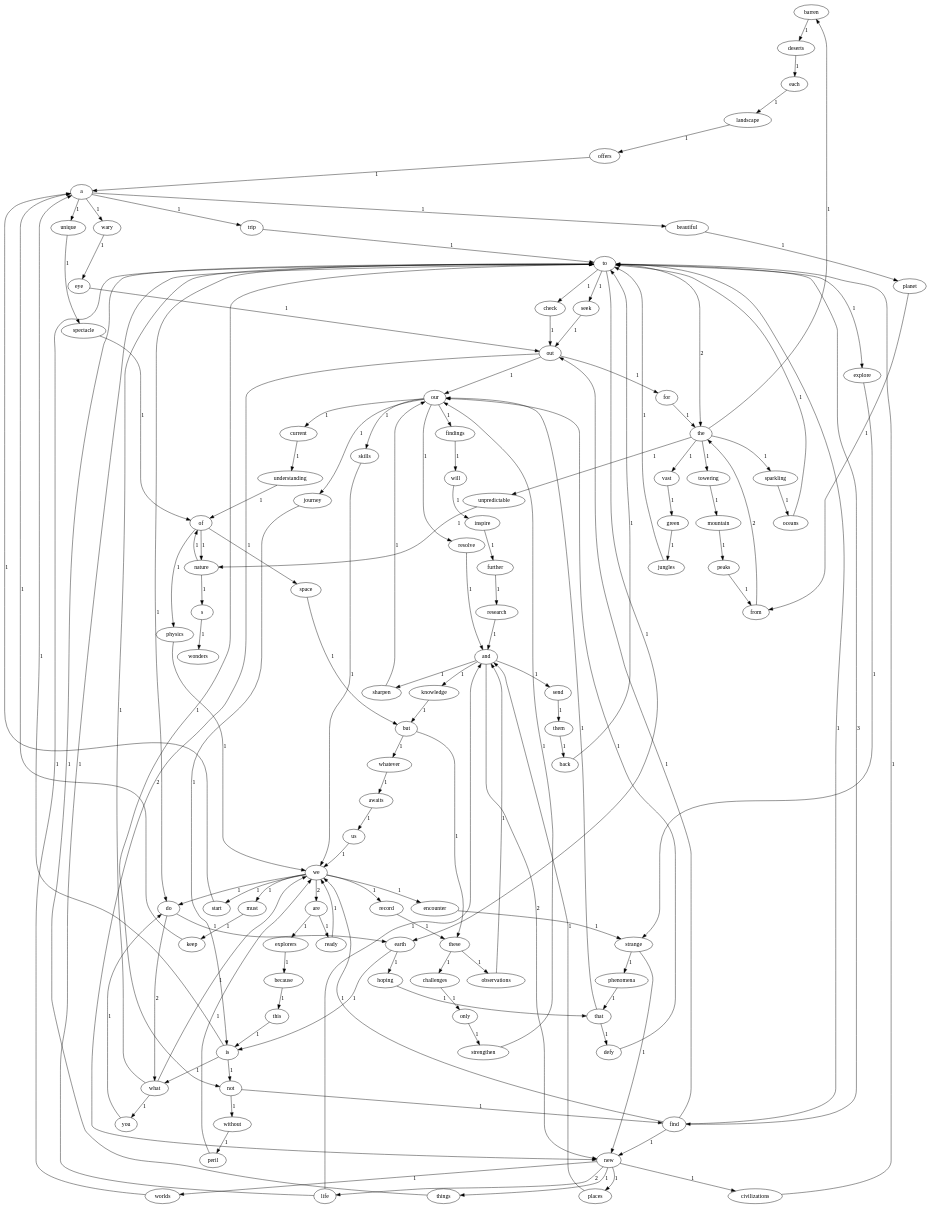
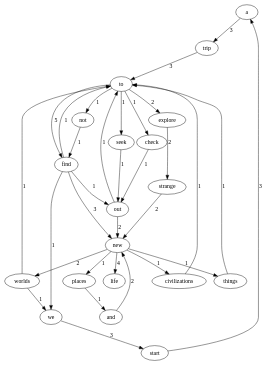
The diagram in graph.dot (Frihetyz/Lab1-2021110497), drawn with Graphviz before and after one commit. The commit also changed 8 other files, not shown here.

```diff
--- a/graph.dot
+++ b/graph.dot
@@ -1,145 +1,33 @@
 digraph G {
-	"barren" -> "deserts" [label="1"];
-	"a" -> "trip" [label="1"];
-	"a" -> "wary" [label="1"];
-	"a" -> "beautiful" [label="1"];
-	"a" -> "unique" [label="1"];
-	"offers" -> "a" [label="1"];
-	"nature" -> "of" [label="1"];
-	"nature" -> "s" [label="1"];
+	"a" -> "trip" [label="3"];
+	"seek" -> "out" [label="1"];
+	"worlds" -> "to" [label="1"];
+	"worlds" -> "we" [label="1"];
 	"check" -> "out" [label="1"];
-	"wary" -> "eye" [label="1"];
-	"planet" -> "from" [label="1"];
-	"encounter" -> "strange" [label="1"];
-	"this" -> "is" [label="1"];
-	"start" -> "a" [label="1"];
-	"them" -> "back" [label="1"];
-	"each" -> "landscape" [label="1"];
-	"the" -> "unpredictable" [label="1"];
-	"the" -> "vast" [label="1"];
-	"the" -> "towering" [label="1"];
-	"the" -> "sparkling" [label="1"];
-	"the" -> "barren" [label="1"];
-	"s" -> "wonders" [label="1"];
-	"send" -> "them" [label="1"];
-	"unique" -> "spectacle" [label="1"];
-	"keep" -> "a" [label="1"];
-	"to" -> "explore" [label="1"];
+	"explore" -> "strange" [label="2"];
+	"strange" -> "new" [label="2"];
+	"start" -> "a" [label="3"];
+	"out" -> "new" [label="2"];
+	"out" -> "to" [label="1"];
+	"we" -> "start" [label="3"];
+	"trip" -> "to" [label="3"];
+	"not" -> "find" [label="1"];
+	"places" -> "and" [label="1"];
+	"find" -> "out" [label="1"];
+	"find" -> "we" [label="1"];
+	"find" -> "new" [label="3"];
+	"find" -> "to" [label="1"];
+	"and" -> "new" [label="2"];
+	"things" -> "to" [label="1"];
+	"to" -> "explore" [label="2"];
 	"to" -> "seek" [label="1"];
-	"to" -> "find" [label="3"];
+	"to" -> "find" [label="5"];
 	"to" -> "not" [label="1"];
 	"to" -> "check" [label="1"];
-	"to" -> "earth" [label="1"];
-	"to" -> "do" [label="1"];
-	"to" -> "the" [label="2"];
-	"must" -> "keep" [label="1"];
-	"further" -> "research" [label="1"];
-	"phenomena" -> "that" [label="1"];
-	"defy" -> "our" [label="1"];
-	"landscape" -> "offers" [label="1"];
-	"but" -> "these" [label="1"];
-	"but" -> "whatever" [label="1"];
-	"without" -> "peril" [label="1"];
-	"seek" -> "out" [label="1"];
-	"worlds" -> "to" [label="1"];
-	"findings" -> "will" [label="1"];
-	"back" -> "to" [label="1"];
-	"life" -> "and" [label="1"];
-	"life" -> "to" [label="1"];
-	"do" -> "what" [label="2"];
-	"do" -> "earth" [label="1"];
-	"space" -> "but" [label="1"];
-	"research" -> "and" [label="1"];
-	"beautiful" -> "planet" [label="1"];
-	"these" -> "challenges" [label="1"];
-	"these" -> "observations" [label="1"];
-	"mountain" -> "peaks" [label="1"];
-	"current" -> "understanding" [label="1"];
-	"skills" -> "we" [label="1"];
-	"record" -> "these" [label="1"];
-	"ready" -> "we" [label="1"];
-	"because" -> "this" [label="1"];
-	"things" -> "to" [label="1"];
-	"challenges" -> "only" [label="1"];
-	"journey" -> "is" [label="1"];
-	"awaits" -> "us" [label="1"];
-	"us" -> "we" [label="1"];
-	"new" -> "worlds" [label="1"];
-	"new" -> "life" [label="2"];
+	"new" -> "worlds" [label="2"];
+	"new" -> "life" [label="4"];
 	"new" -> "civilizations" [label="1"];
 	"new" -> "places" [label="1"];
 	"new" -> "things" [label="1"];
-	"you" -> "do" [label="1"];
 	"civilizations" -> "to" [label="1"];
-	"green" -> "jungles" [label="1"];
-	"sharpen" -> "our" [label="1"];
-	"unpredictable" -> "nature" [label="1"];
-	"spectacle" -> "of" [label="1"];
-	"explore" -> "strange" [label="1"];
-	"will" -> "inspire" [label="1"];
-	"peril" -> "we" [label="1"];
-	"is" -> "not" [label="1"];
-	"is" -> "what" [label="1"];
-	"is" -> "a" [label="1"];
-	"strange" -> "new" [label="1"];
-	"strange" -> "phenomena" [label="1"];
-	"peaks" -> "from" [label="1"];
-	"whatever" -> "awaits" [label="1"];
-	"jungles" -> "to" [label="1"];
-	"explorers" -> "because" [label="1"];
-	"hoping" -> "that" [label="1"];
-	"deserts" -> "each" [label="1"];
-	"eye" -> "out" [label="1"];
-	"what" -> "we" [label="1"];
-	"what" -> "you" [label="1"];
-	"what" -> "to" [label="1"];
-	"earth" -> "hoping" [label="1"];
-	"earth" -> "is" [label="1"];
-	"inspire" -> "further" [label="1"];
-	"places" -> "and" [label="1"];
-	"oceans" -> "to" [label="1"];
-	"vast" -> "green" [label="1"];
-	"resolve" -> "and" [label="1"];
-	"towering" -> "mountain" [label="1"];
-	"for" -> "the" [label="1"];
-	"our" -> "journey" [label="1"];
-	"our" -> "resolve" [label="1"];
-	"our" -> "skills" [label="1"];
-	"our" -> "current" [label="1"];
-	"our" -> "findings" [label="1"];
-	"out" -> "new" [label="2"];
-	"out" -> "our" [label="1"];
-	"out" -> "for" [label="1"];
-	"we" -> "start" [label="1"];
-	"we" -> "must" [label="1"];
-	"we" -> "encounter" [label="1"];
-	"we" -> "record" [label="1"];
-	"we" -> "are" [label="2"];
-	"we" -> "do" [label="1"];
-	"sparkling" -> "oceans" [label="1"];
-	"that" -> "defy" [label="1"];
-	"that" -> "our" [label="1"];
-	"are" -> "ready" [label="1"];
-	"are" -> "explorers" [label="1"];
-	"trip" -> "to" [label="1"];
-	"not" -> "find" [label="1"];
-	"not" -> "without" [label="1"];
-	"observations" -> "and" [label="1"];
-	"physics" -> "we" [label="1"];
-	"of" -> "space" [label="1"];
-	"of" -> "physics" [label="1"];
-	"of" -> "nature" [label="1"];
-	"find" -> "out" [label="1"];
-	"find" -> "we" [label="1"];
-	"find" -> "new" [label="1"];
-	"find" -> "to" [label="1"];
-	"and" -> "new" [label="2"];
-	"and" -> "sharpen" [label="1"];
-	"and" -> "send" [label="1"];
-	"and" -> "knowledge" [label="1"];
-	"from" -> "the" [label="2"];
-	"strengthen" -> "our" [label="1"];
-	"knowledge" -> "but" [label="1"];
-	"understanding" -> "of" [label="1"];
-	"only" -> "strengthen" [label="1"];
 }
```
